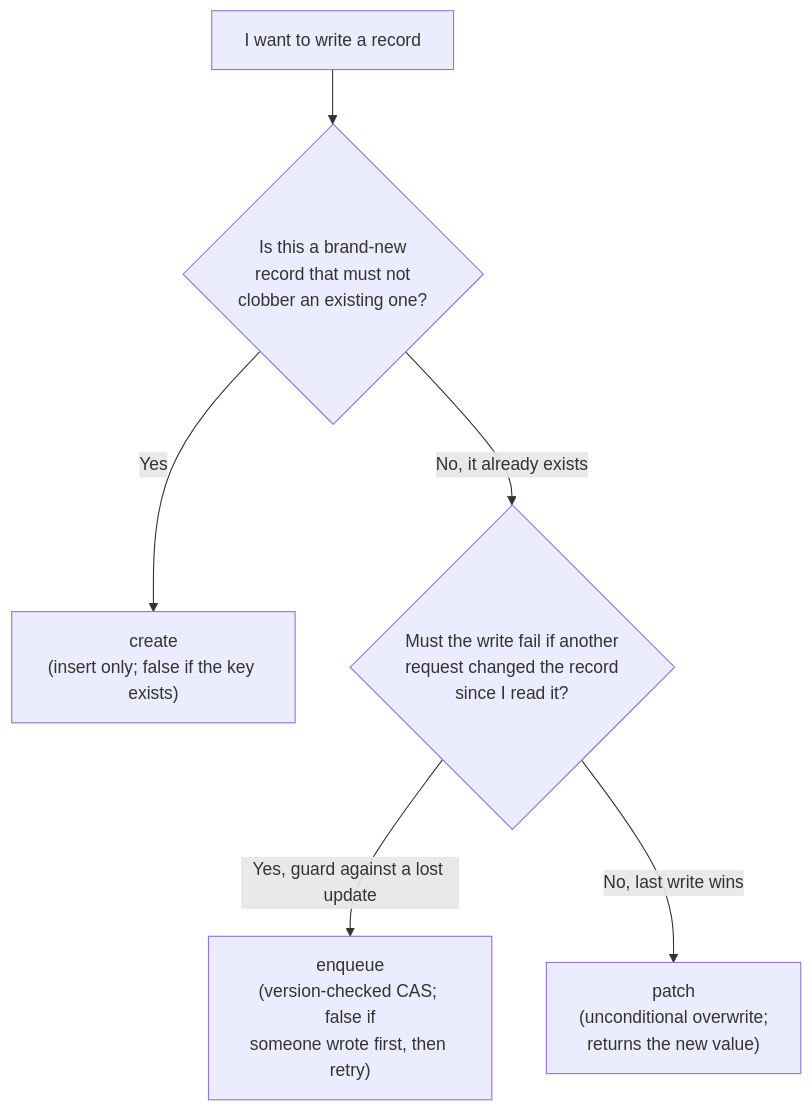
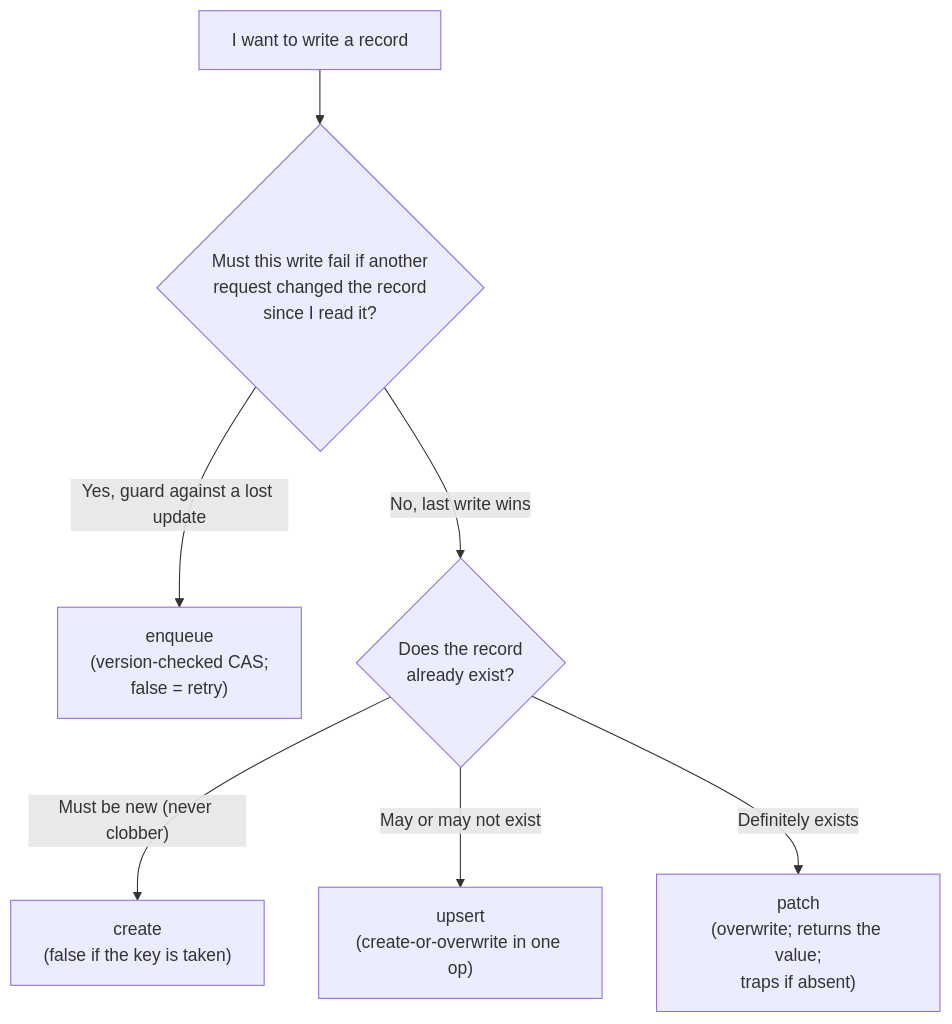
Before and after one commit to dacely-cloud/toiljs: the diagram in docs/database/documents.md, drawn with Mermaid. The commit also changed other lines of this file and 3 other files, not shown here.

First line of the commit message:
feat(db): dev-server data.upsert (create-or-overwrite) + docs; v0.0.112

````diff
--- a/docs/database/documents.md
+++ b/docs/database/documents.md
@@ -86,8 +87,9 @@
 ```mermaid
 flowchart TD
-    START["I want to write a record"] --> Q1{"Is this a brand-new<br/>record that must not<br/>clobber an existing one?"}
-    Q1 -->|Yes| CREATE["create<br/>(insert only; false if the key exists)"]
-    Q1 -->|"No, it already exists"| Q2{"Must the write fail if another<br/>request changed the record<br/>since I read it?"}
-    Q2 -->|"Yes, guard against a lost update"| ENQUEUE["enqueue<br/>(version-checked CAS; false if<br/>someone wrote first, then retry)"]
-    Q2 -->|"No, last write wins"| PATCH["patch<br/>(unconditional overwrite;<br/>returns the new value)"]
+    START["I want to write a record"] --> Q1{"Must this write fail if another<br/>request changed the record<br/>since I read it?"}
+    Q1 -->|"Yes, guard against a lost update"| ENQUEUE["enqueue<br/>(version-checked CAS;<br/>false = retry)"]
+    Q1 -->|"No, last write wins"| Q2{"Does the record<br/>already exist?"}
+    Q2 -->|"Must be new (never clobber)"| CREATE["create<br/>(false if the key is taken)"]
+    Q2 -->|"May or may not exist"| UPSERT["upsert<br/>(create-or-overwrite in one op)"]
+    Q2 -->|"Definitely exists"| PATCH["patch<br/>(overwrite; returns the value;<br/>traps if absent)"]
 ```
````
